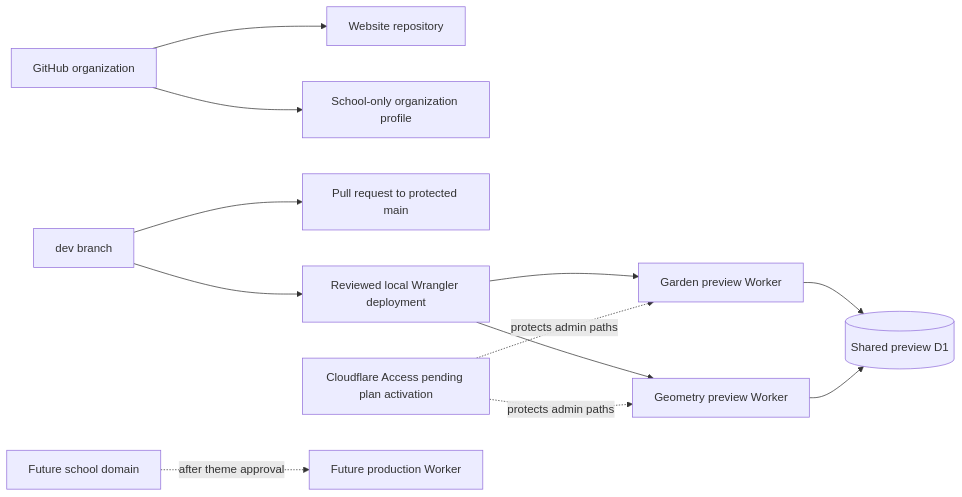
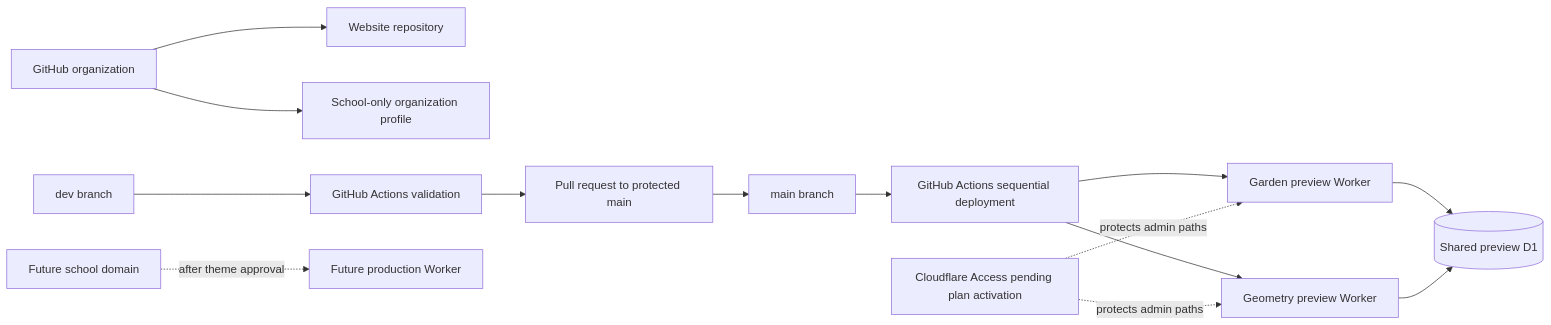
One commit to firststepmontessori/firststepmontessori changed the diagram in docs/20-integrations-deployment-record.md. Above: the diagram before and after it, drawn with Mermaid. The commit also changed other lines of this file and 5 other files, not shown here.

Commit message:
ci: deploy previews after main merges

````diff
--- a/docs/20-integrations-deployment-record.md
+++ b/docs/20-integrations-deployment-record.md
@@ -17,14 +17,16 @@
 ```mermaid
 flowchart LR
     Org[GitHub organization] --> Repo[Website repository]
     Org --> Profile[School-only organization profile]
-    Dev[dev branch] --> PR[Pull request to protected main]
-    Dev --> Build[Reviewed local Wrangler deployment]
-    Build --> Garden[Garden preview Worker]
-    Build --> Geometry[Geometry preview Worker]
+    Dev[dev branch] --> CI[GitHub Actions validation]
+    CI --> PR[Pull request to protected main]
+    PR --> Main[main branch]
+    Main --> Deploy[GitHub Actions sequential deployment]
+    Deploy --> Garden[Garden preview Worker]
+    Deploy --> Geometry[Geometry preview Worker]
     Garden --> D1[(Shared preview D1)]
     Geometry --> D1
     Access[Cloudflare Access pending plan activation] -. protects admin paths .-> Garden
     Access -. protects admin paths .-> Geometry
     Domain[Future school domain] -. after theme approval .-> Production[Future production Worker]
 ```
````
